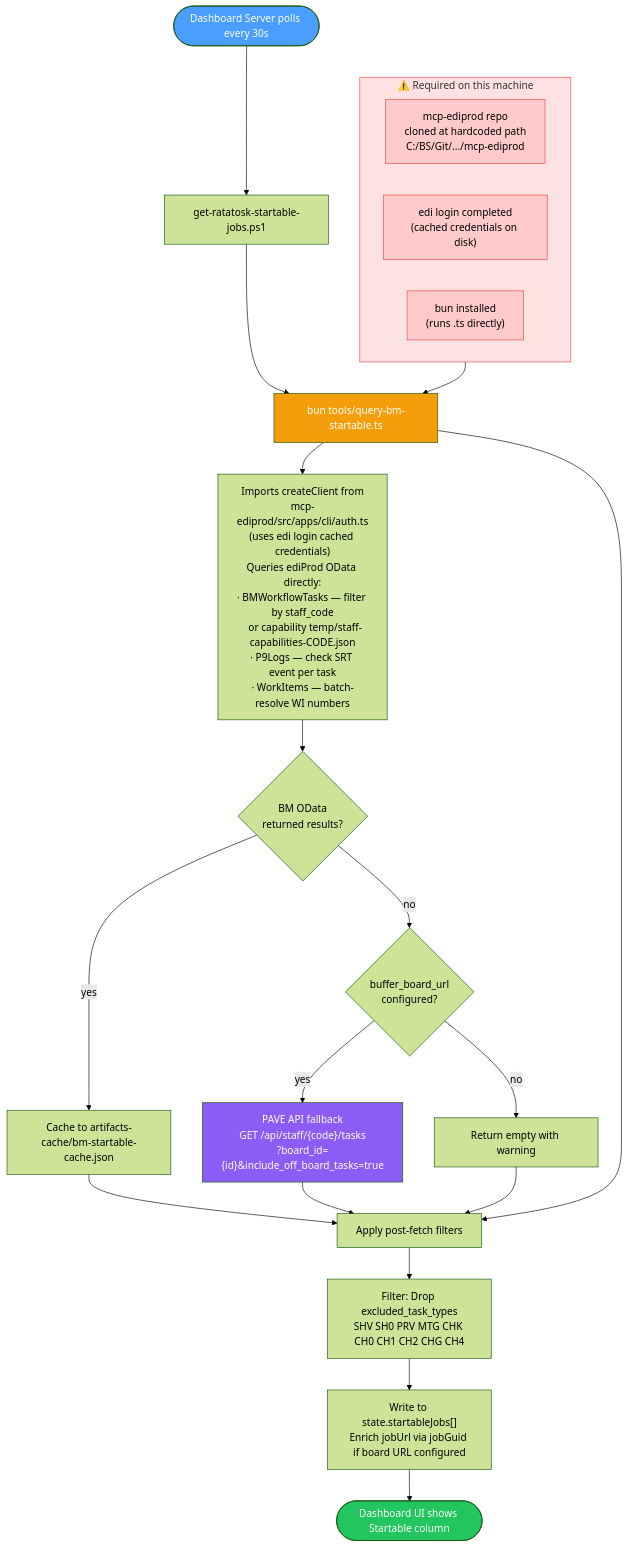
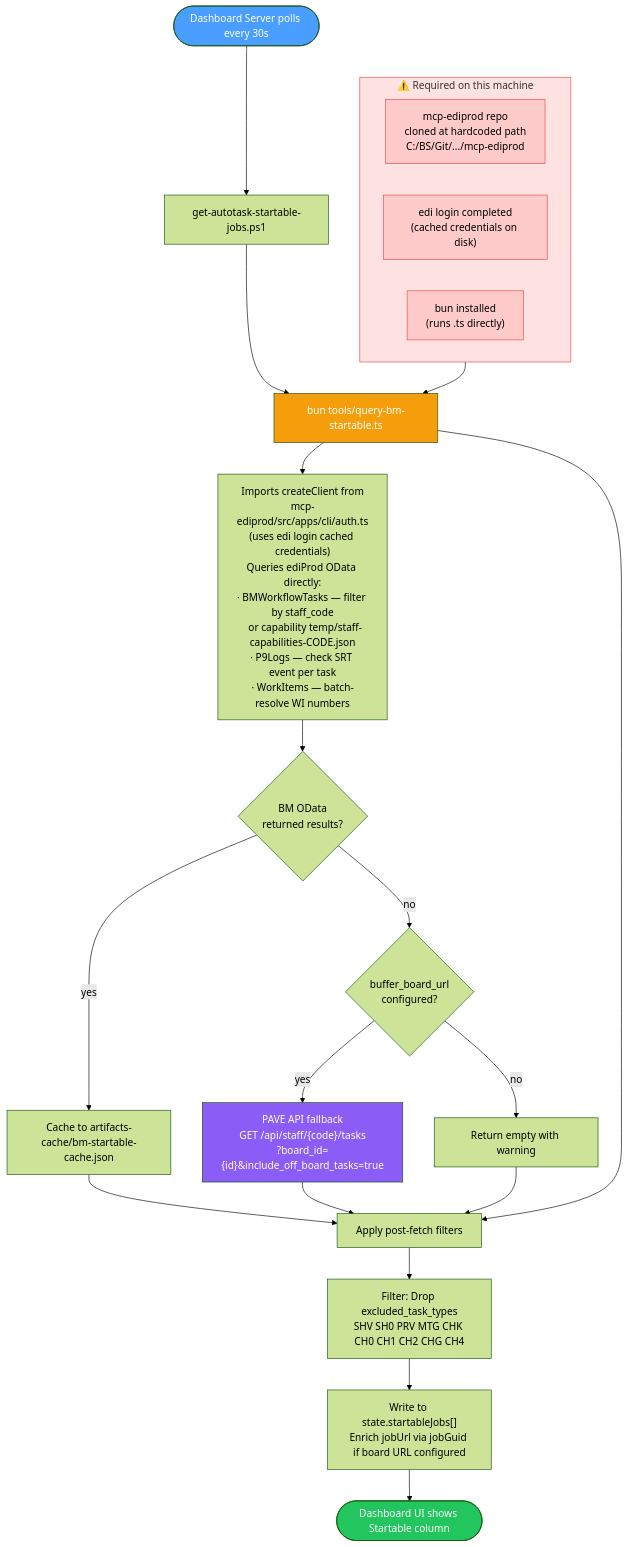
The seventh of 12 diagrams in docs/architecture-overview.md (cat-hoang/ai-studio), drawn with Mermaid (forest theme) before and after one commit. The commit also changed other lines of this file and 68 other files, not shown here.

````diff
--- a/docs/architecture-overview.md
+++ b/docs/architecture-overview.md
@@ -377,42 +377,42 @@
 ```mermaid
 flowchart TD
     subgraph prereqs["⚠️ Required on this machine"]
         P1["mcp-ediprod repo<br>cloned at hardcoded path<br>C:/BS/Git/.../mcp-ediprod"]
         P2["edi login completed<br>(cached credentials on disk)"]
         P3["bun installed<br>(runs .ts directly)"]
     end
 
-    A([Dashboard Server polls every 30s]) --> B[get-ratatosk-startable-jobs.ps1]
+    A([Dashboard Server polls every 30s]) --> B[get-autotask-startable-jobs.ps1]
 
     B --> E["bun tools/query-bm-startable.ts"]
 
     prereqs --> E
 
     E --> F["Imports createClient from<br>mcp-ediprod/src/apps/cli/auth.ts<br>(uses edi login cached credentials)<br>Queries ediProd OData directly:<br>· BMWorkflowTasks — filter by staff_code<br>  or capability temp/staff-capabilities-CODE.json<br>· P9Logs — check SRT event per task<br>· WorkItems — batch-resolve WI numbers"]
 
     F --> G{BM OData<br>returned results?}
     G -- yes --> H[Cache to artifacts-cache/bm-startable-cache.json]
     H --> I[Apply post-fetch filters]
 
     G -- no --> J{buffer_board_url<br>configured?}
     J -- yes --> K["PAVE API fallback<br>GET /api/staff/{code}/tasks<br>?board_id={id}&include_off_board_tasks=true"]
     K --> I
     J -- no --> L[Return empty with warning]
     L --> I
 
     E --> I
 
     I --> M["Filter: Drop excluded_task_types<br>SHV SH0 PRV MTG CHK CH0 CH1 CH2 CHG CH4"]
 
     M --> N["Write to state.startableJobs[]<br>Enrich jobUrl via jobGuid if board URL configured"]
     N --> O([Dashboard UI shows Startable column])
 
     style A fill:#4a9eff,color:#fff
     style O fill:#22c55e,color:#fff
     style E fill:#f59e0b,color:#fff
     style K fill:#8b5cf6,color:#fff
     style prereqs fill:#fee2e2,stroke:#ef4444
     style P1 fill:#fecaca,stroke:#ef4444
     style P2 fill:#fecaca,stroke:#ef4444
     style P3 fill:#fecaca,stroke:#ef4444
 ```
````
